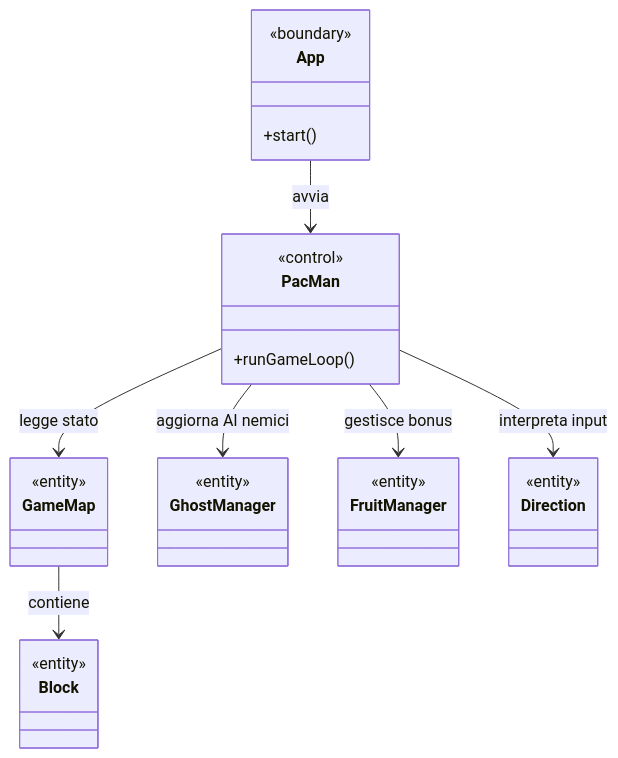
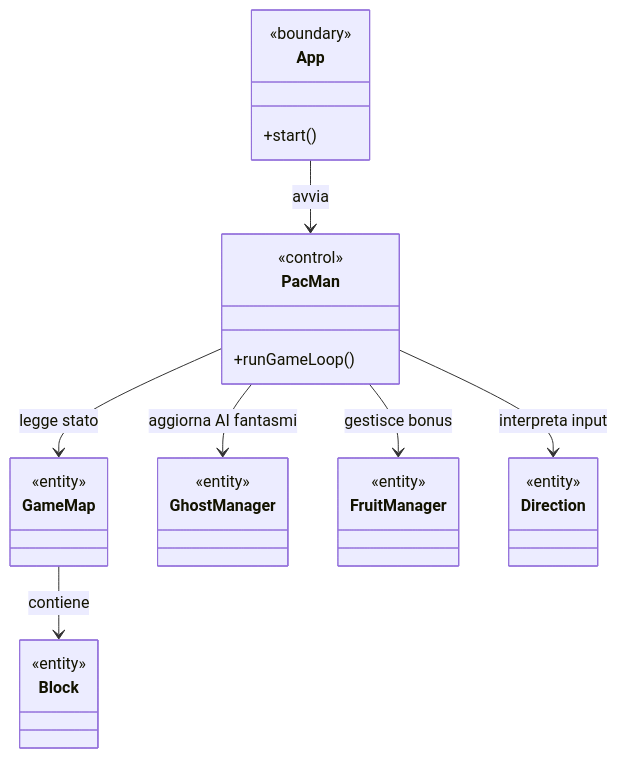
Before and after one commit to ZenoUni/Appoggio-PSS: the second of 2 diagrams in Readme.md, drawn with Mermaid. The commit also changed other lines of this file, not shown here.

````diff
--- a/Readme.md
+++ b/Readme.md
@@ -304,37 +304,35 @@
 ```mermaid
 classDiagram
 
 class App {
     +start()
 }
 <<boundary>> App
 
 class PacMan {
     +runGameLoop()
 }
 <<control>> PacMan
 
 class GameMap
 <<entity>> GameMap
 
 class Block
 <<entity>> Block
 
 class GhostManager
 <<entity>> GhostManager
 
 class FruitManager
 <<entity>> FruitManager
 
 class Direction
 <<entity>> Direction
 
 App --> PacMan : avvia
 PacMan --> GameMap : legge stato
 GameMap --> Block : contiene
-PacMan --> GhostManager : aggiorna AI nemici
+PacMan --> GhostManager : aggiorna AI fantasmi
 PacMan --> FruitManager : gestisce bonus
 PacMan --> Direction : interpreta input
-
-
 ```
````
